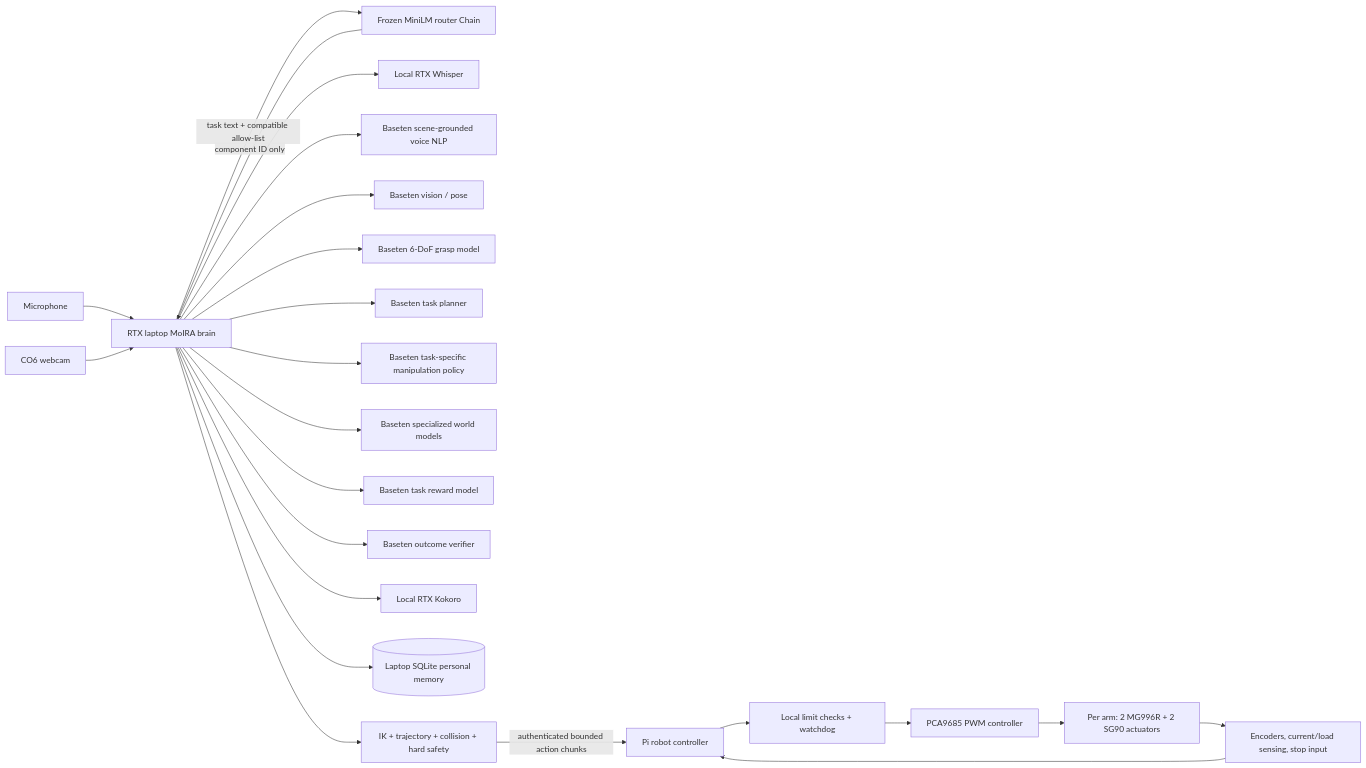
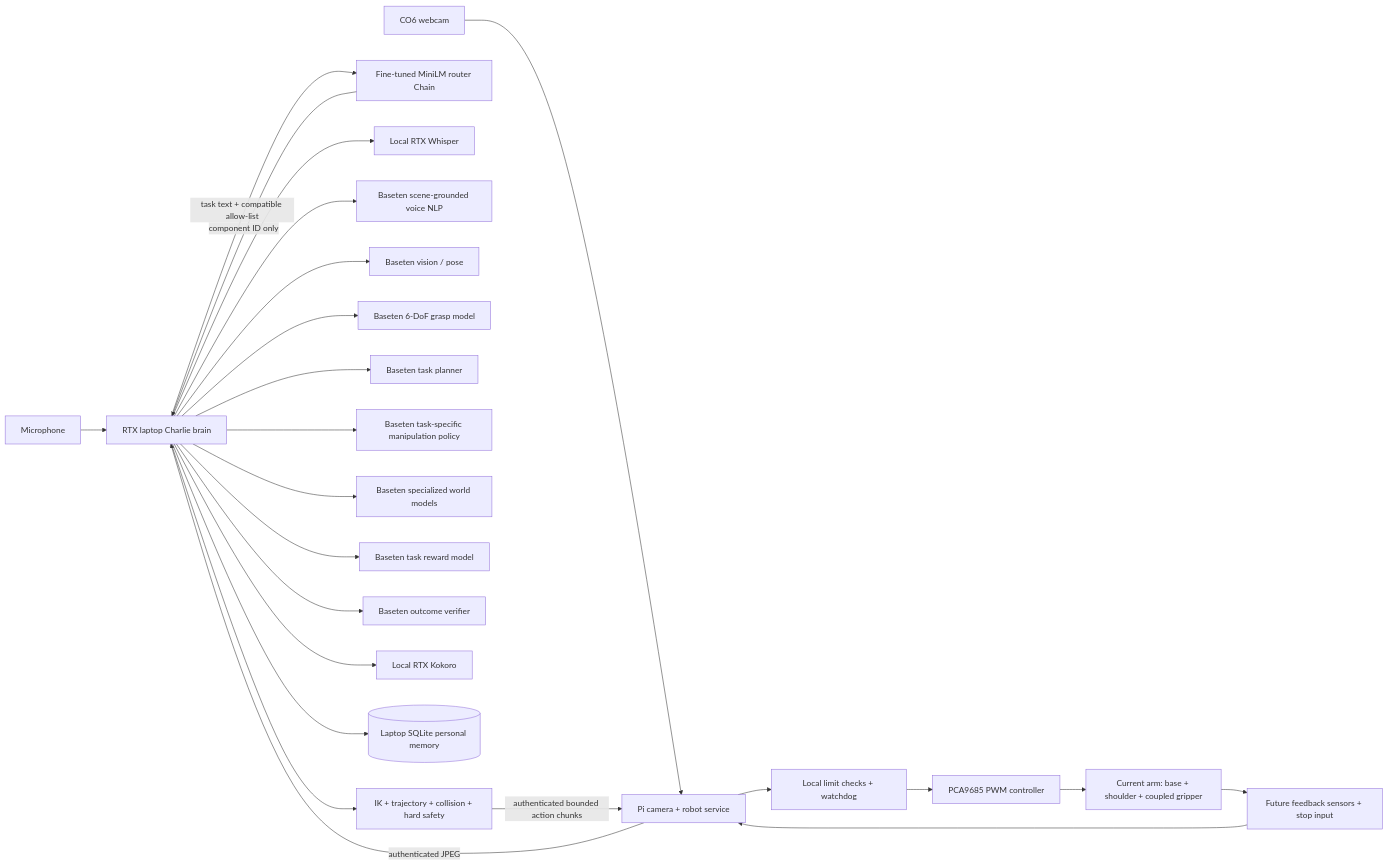
The diagram in docs/pi4-baseten-architecture.md (BestCody/HTN2026), drawn with Mermaid before and after one commit. The commit also changed other lines of this file and 111 other files, not shown here.

````diff
--- a/docs/pi4-baseten-architecture.md
+++ b/docs/pi4-baseten-architecture.md
@@ -10,25 +10,26 @@
 ```mermaid
 flowchart LR
-    MIC[Microphone] --> LAPTOP[RTX laptop MoIRA brain]
-    CAM[CO6 webcam] --> LAPTOP
-    LAPTOP -->|task text + compatible allow-list| ROUTER[Frozen MiniLM router Chain]
+    MIC[Microphone] --> LAPTOP[RTX laptop Charlie brain]
+    CAM[CO6 webcam] --> PI[Pi camera + robot service]
+    PI -->|authenticated JPEG| LAPTOP
+    LAPTOP -->|task text + compatible allow-list| ROUTER[Fine-tuned MiniLM router Chain]
     ROUTER -->|component ID only| LAPTOP
     LAPTOP --> STT[Local RTX Whisper]
     LAPTOP --> VNLP[Baseten scene-grounded voice NLP]
     LAPTOP --> VISION[Baseten vision / pose]
     LAPTOP --> GRASP[Baseten 6-DoF grasp model]
     LAPTOP --> PLAN[Baseten task planner]
     LAPTOP --> POLICY[Baseten task-specific manipulation policy]
     LAPTOP --> WORLD[Baseten specialized world models]
     LAPTOP --> REWARD[Baseten task reward model]
     LAPTOP --> OUTCOME[Baseten outcome verifier]
     LAPTOP --> TTS[Local RTX Kokoro]
     LAPTOP --> MEM[(Laptop SQLite personal memory)]
     LAPTOP --> LOCAL[IK + trajectory + collision + hard safety]
-    LOCAL -->|authenticated bounded action chunks| PI[Pi robot controller]
+    LOCAL -->|authenticated bounded action chunks| PI
     PI --> CTRL[Local limit checks + watchdog]
     CTRL --> PCA[PCA9685 PWM controller]
-    PCA --> ARMS[Per arm: 2 MG996R + 2 SG90 actuators]
-    ARMS --> SENSORS[Encoders, current/load sensing, stop input]
+    PCA --> ARM[Current arm: base + shoulder + coupled gripper]
+    ARM --> SENSORS[Future feedback sensors + stop input]
     SENSORS --> PI
 ```
````
